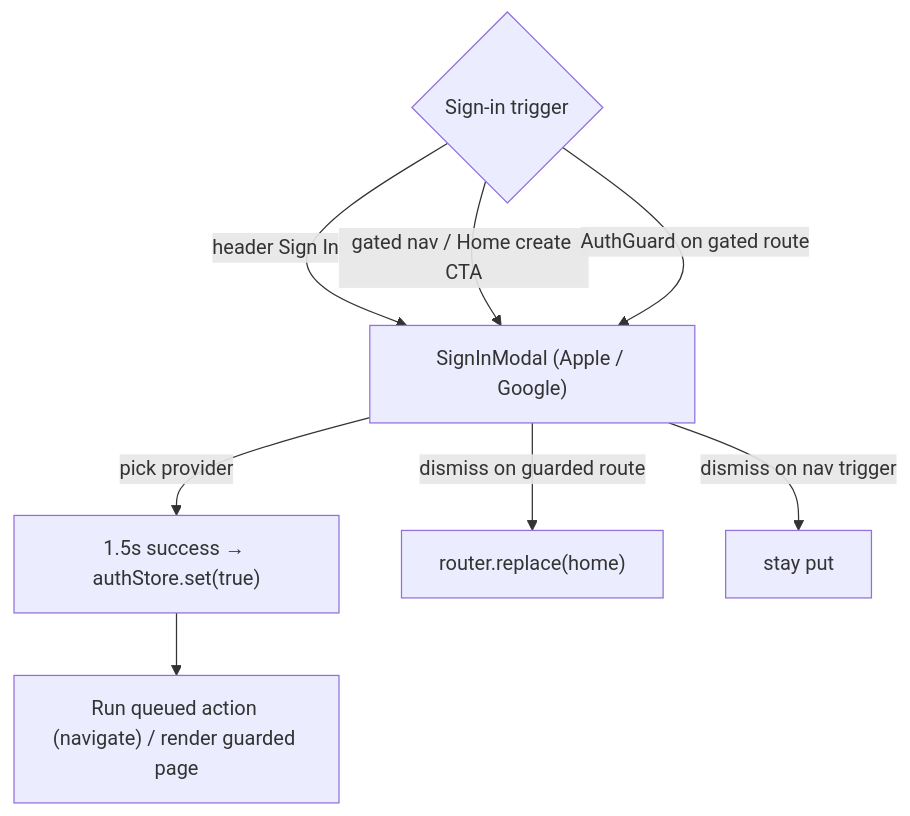
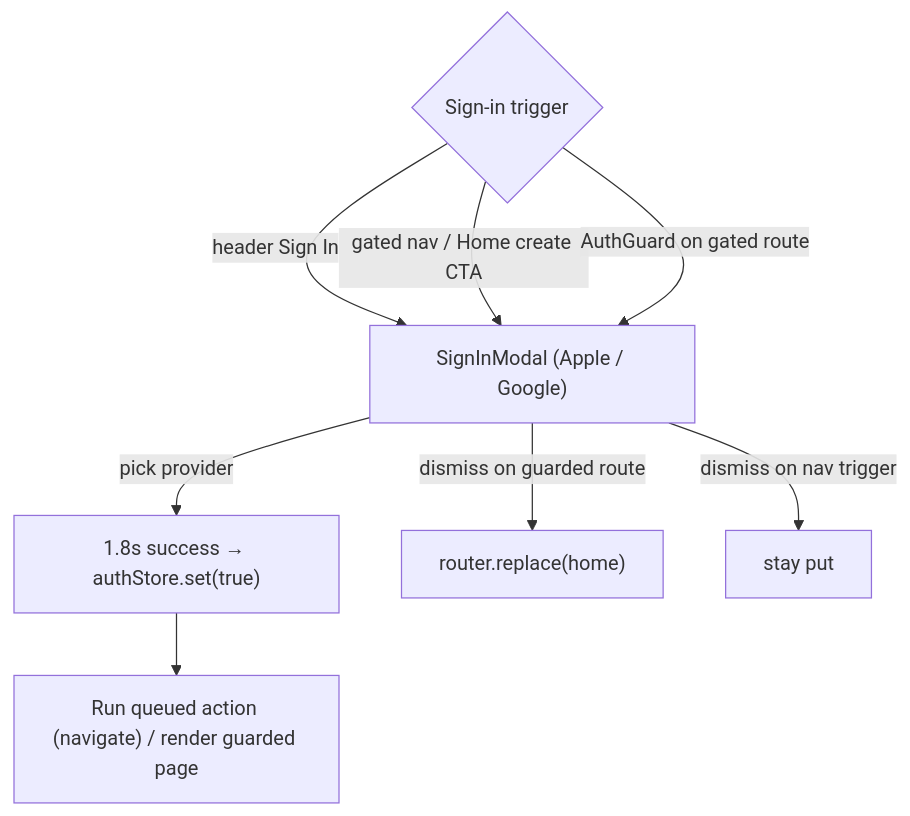
One commit to pft-JasonChen/musemv-ai changed the diagram in web-app/specs/areas/09-auth-onboarding.md. Above: the diagram before and after it, drawn with Mermaid. The commit also changed other lines of this file and 57 other files, not shown here.

````diff
--- a/web-app/specs/areas/09-auth-onboarding.md
+++ b/web-app/specs/areas/09-auth-onboarding.md
@@ -148,10 +157,10 @@
 ```mermaid
 flowchart TD
   Trigger{Sign-in trigger} -->|header Sign In| Modal["SignInModal (Apple / Google)"]
   Trigger -->|gated nav / Home create CTA| Modal
   Trigger -->|AuthGuard on gated route| Modal
-  Modal -->|pick provider| Success["1.5s success → authStore.set(true)"]
+  Modal -->|pick provider| Success["1.8s success → authStore.set(true)"]
   Success --> Resume["Run queued action (navigate) / render guarded page"]
   Modal -->|dismiss on guarded route| Home["router.replace(home)"]
   Modal -->|dismiss on nav trigger| Stay["stay put"]
 ```
````
